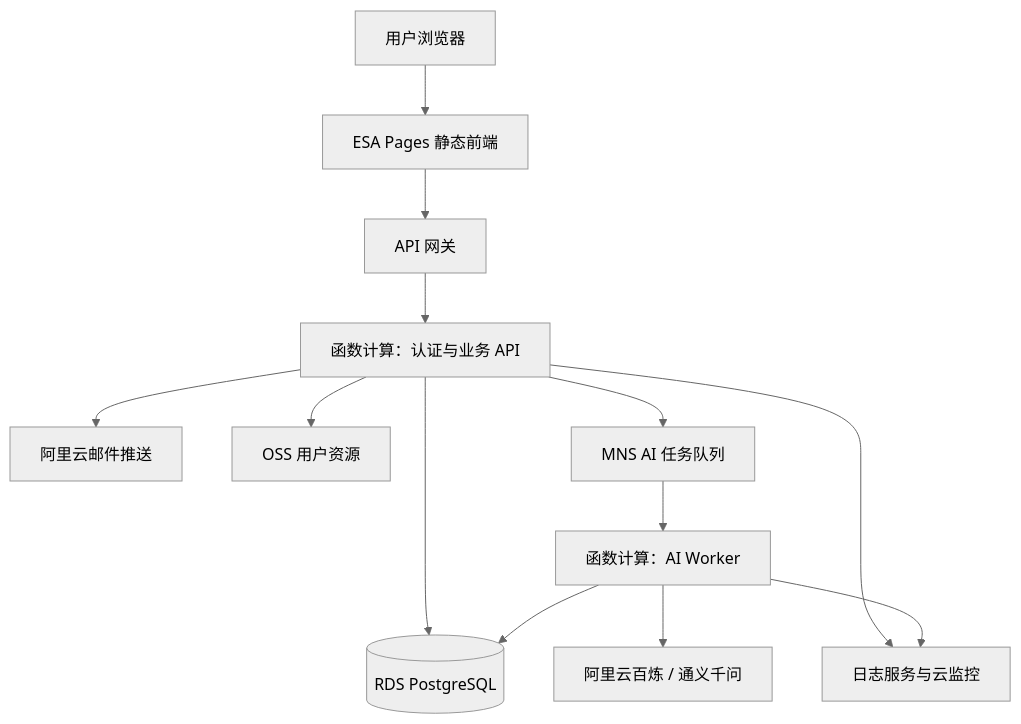
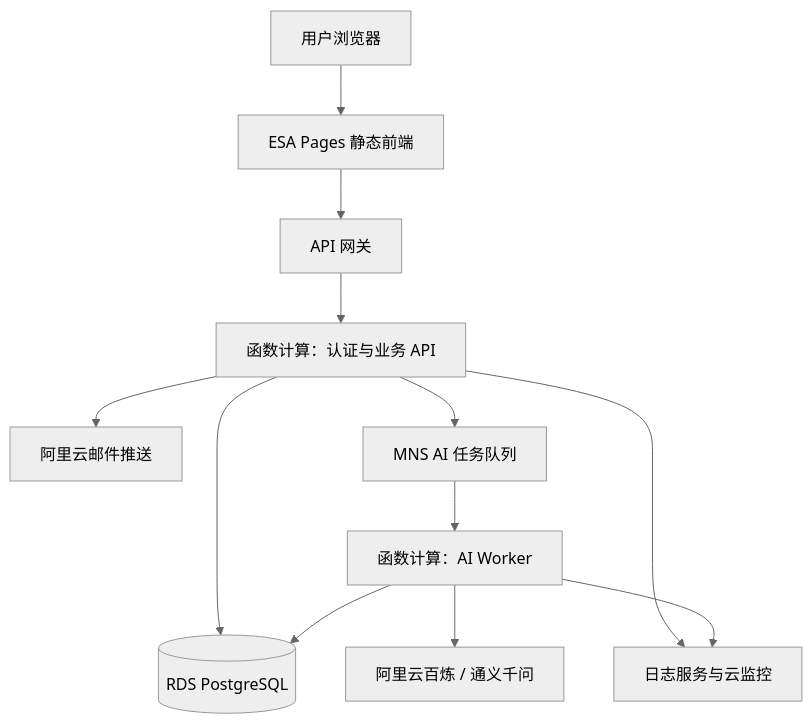
The diagram in docs/松鼠文仓-产品实现链路与公开测试版方案.md (guanxt984/songshu-wencang-3.0), drawn with Mermaid (neutral theme) before and after one commit. The commit also changed other lines of this file and 11 other files, not shown here.

````diff
--- a/docs/松鼠文仓-产品实现链路与公开测试版方案.md
+++ b/docs/松鼠文仓-产品实现链路与公开测试版方案.md
@@ -410,15 +216,14 @@
 ```mermaid
 flowchart TD
     U[用户浏览器] --> P[ESA Pages 静态前端]
     P --> G[API 网关]
     G --> A[函数计算：认证与业务 API]
     A --> D[(RDS PostgreSQL)]
     A --> E[阿里云邮件推送]
-    A --> O[OSS 用户资源]
     A --> Q[MNS AI 任务队列]
     Q --> W[函数计算：AI Worker]
     W --> B[阿里云百炼 / 通义千问]
     W --> D
     A --> L[日志服务与云监控]
     W --> L
 ```
````
